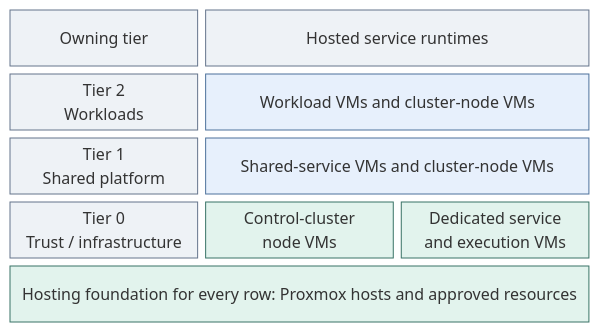
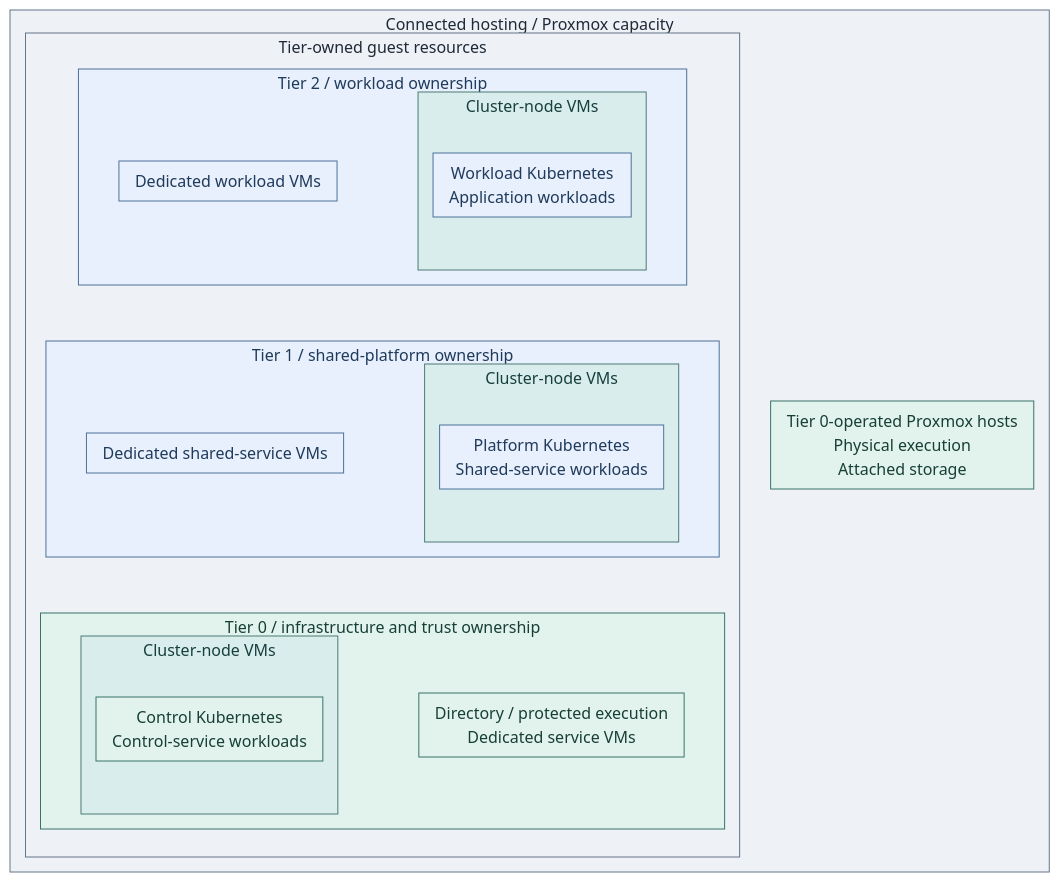
One commit to Rexus/homelab changed the diagram in docs/01-architecture/04-hosting/01-runtime.md. Above: the diagram before and after it, drawn with Mermaid. The commit also changed other lines of this file and 279 other files, not shown here.

````diff
--- a/docs/01-architecture/04-hosting/01-runtime.md
+++ b/docs/01-architecture/04-hosting/01-runtime.md
@@ -25,17 +15,46 @@
 ```mermaid
-block-beta
-  columns 3
-  Owner["Owning tier"] Runtime["Hosted service runtimes"]:2
-  T2["Tier 2<br/>Workloads"] Workloads["Workload VMs and cluster-node VMs"]:2
-  T1["Tier 1<br/>Shared platform"] Shared["Shared-service VMs and cluster-node VMs"]:2
-  T0["Tier 0<br/>Trust / infrastructure"]
-  Cluster["Control-cluster<br/>node VMs"] Dedicated["Dedicated service<br/>and execution VMs"]
-  Hosts["Hosting foundation for every row: Proxmox hosts and approved resources"]:3
+%%{init: {"theme":"base","flowchart":{"nodeSpacing":10,"rankSpacing":6,"padding":8,"wrappingWidth":350,"subGraphTitleMargin":{"top":2,"bottom":6}},"themeVariables":{"lineColor":"#627581","edgeLabelBackground":"#f8fafc"}}}%%
+flowchart TB
+  subgraph PVE["Connected hosting / Proxmox capacity"]
+    direction LR
+    subgraph Guests["Tier-owned guest resources"]
+      direction TB
+      subgraph T2["Tier 2 / workload ownership"]
+        direction LR
+        Workloads["Dedicated workload VMs"]
+        subgraph WorkloadNodes["Cluster-node VMs"]
+          C2["Workload Kubernetes<br/>Application workloads"]
+        end
+        Workloads ~~~ WorkloadNodes
+      end
+      subgraph T1["Tier 1 / shared-platform ownership"]
+        direction LR
+        Shared["Dedicated shared-service VMs"]
+        subgraph PlatformNodes["Cluster-node VMs"]
+          C1["Platform Kubernetes<br/>Shared-service workloads"]
+        end
+        Shared ~~~ PlatformNodes
+      end
+      subgraph T0["Tier 0 / infrastructure and trust ownership"]
+        direction LR
+        subgraph ControlNodes["Cluster-node VMs"]
+          Cluster["Control Kubernetes<br/>Control-service workloads"]
+        end
+        Dedicated["Directory / protected execution<br/>Dedicated service VMs"]
+        ControlNodes ~~~ Dedicated
+      end
+      T2 ~~~ T1 ~~~ T0
+    end
+    Hosts["Tier 0-operated Proxmox hosts<br/>Physical execution<br/>Attached storage"]
+    Guests ~~~ Hosts
+  end
   classDef default fill:#f8fafc,stroke:#64748b,color:#1f2937
   classDef boundary fill:#eef2f6,stroke:#64748b,color:#1f2937
   classDef services fill:#e7f0fc,stroke:#4d719b,color:#203a5b
   classDef control fill:#e2f3ed,stroke:#397366,color:#173f36
-  class Owner,Runtime,T2,T1,T0 boundary
-  class Workloads,Shared services
-  class Dedicated,Cluster,Hosts control
+  classDef runtime fill:#d9eeec,stroke:#4d7b77,color:#173f3e
+  class PVE,Guests boundary
+  class T2,T1,Workloads,Shared,C2,C1 services
+  class T0,Dedicated,Cluster,Hosts control
+  class WorkloadNodes,PlatformNodes,ControlNodes runtime
 ```
````
